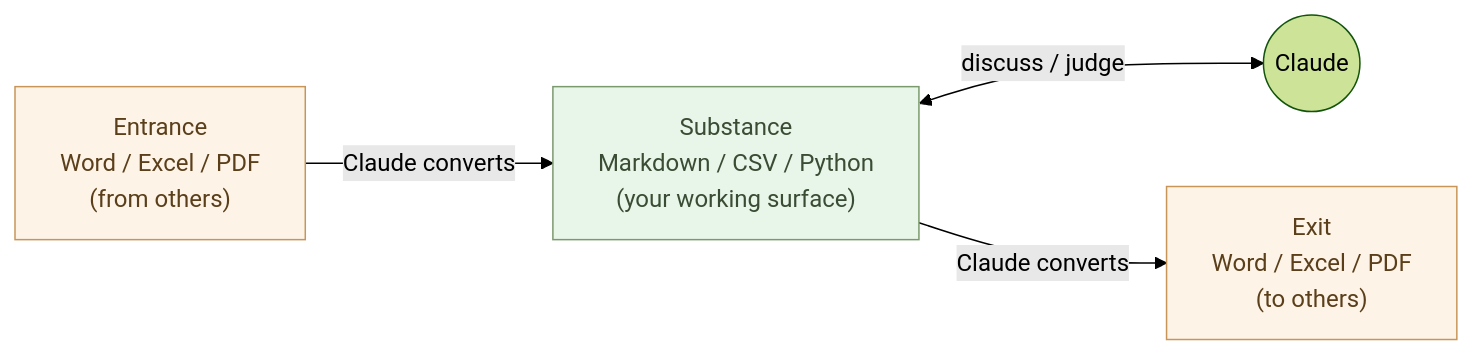
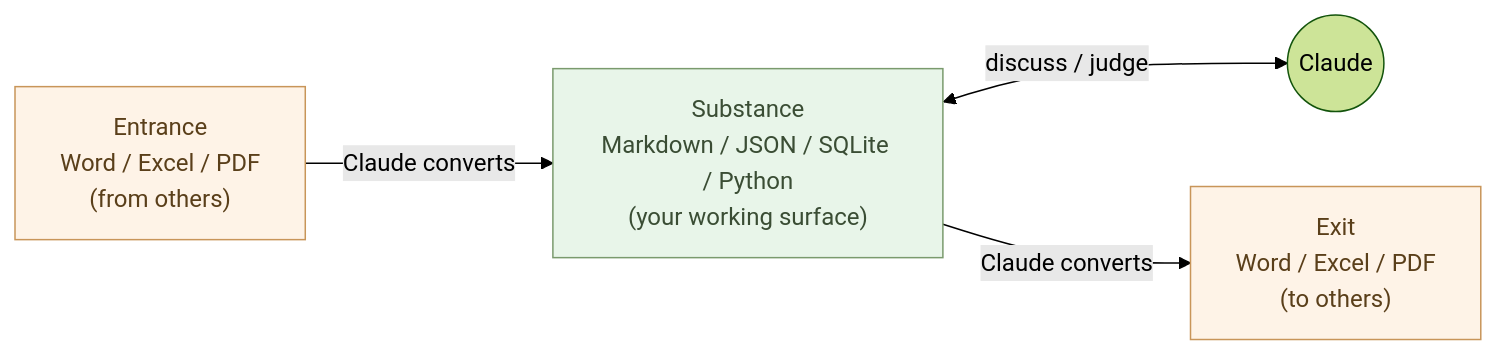
The first of 2 diagrams in articles/ai-native-ways/05-office-replacement/en.md (aiseed-dev/website), drawn with Mermaid (forest theme) before and after one commit. The commit also changed other lines of this file and 17 other files, not shown here.

````diff
--- a/articles/ai-native-ways/05-office-replacement/en.md
+++ b/articles/ai-native-ways/05-office-replacement/en.md
@@ -54,16 +54,16 @@
 ```mermaid
 flowchart LR
   In["Entrance<br/>Word / Excel / PDF<br/>(from others)"]
-  Mid["Substance<br/>Markdown / CSV / Python<br/>(your working surface)"]
+  Mid["Substance<br/>Markdown / JSON / SQLite / Python<br/>(your working surface)"]
   Out["Exit<br/>Word / Excel / PDF<br/>(to others)"]
   Claude(("Claude"))
 
   In -->|Claude converts| Mid
   Mid <-->|discuss / judge| Claude
   Mid -->|Claude converts| Out
 
   classDef office fill:#fef3e7,stroke:#c89559,color:#5a3f1a
   classDef native fill:#e8f5e9,stroke:#7a9a6d,color:#3a4d34
   class In,Out office
   class Mid native
 ```
````
